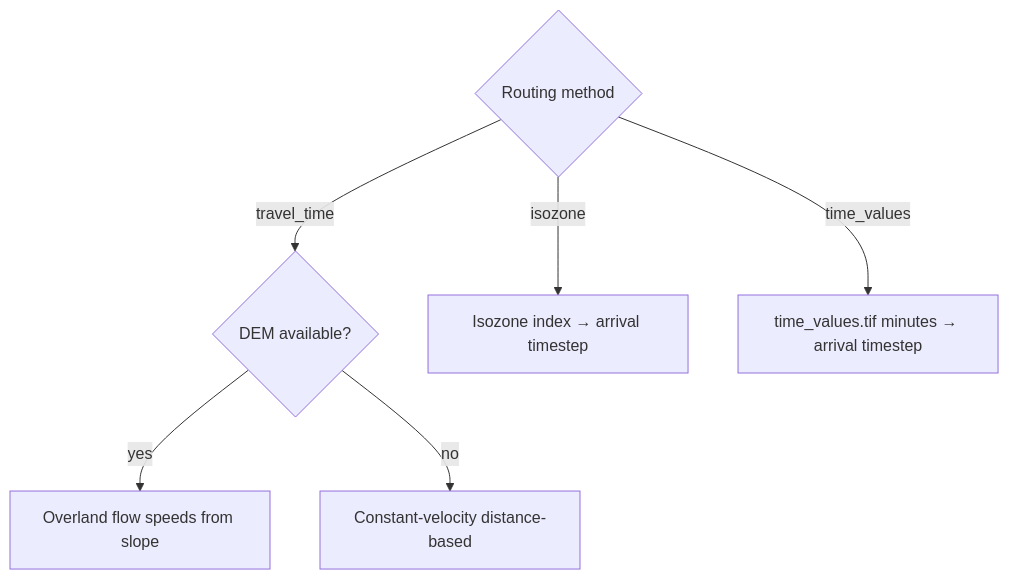
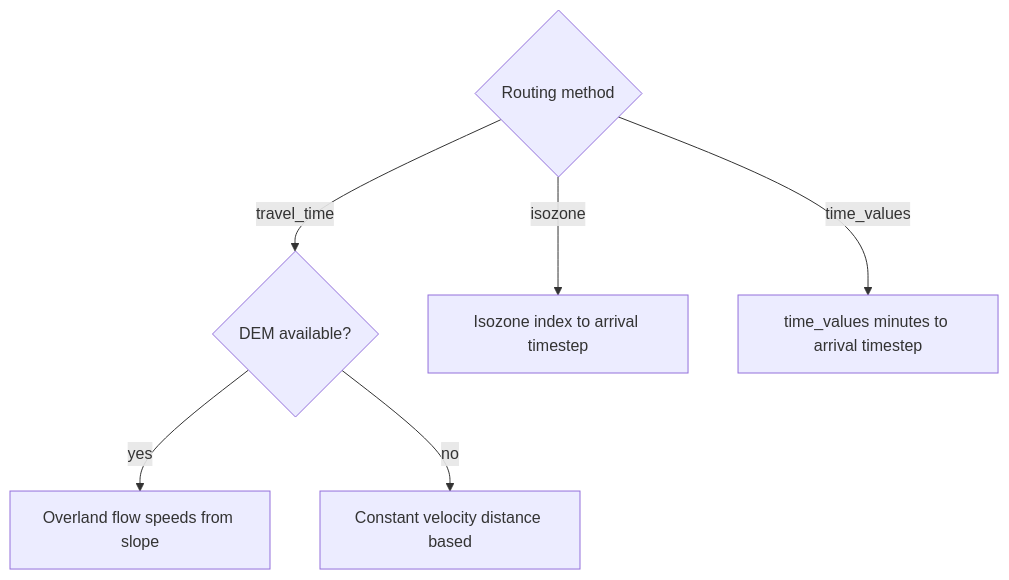
One commit to obellprat/augur-hakesch changed the second of 2 diagrams in docs/NAM.md. Above: the diagram before and after it, drawn with Mermaid. The commit also changed other lines of this file and 2 other files, not shown here.

Commit message:
mermaid errors

````diff
--- a/docs/NAM.md
+++ b/docs/NAM.md
@@ -113,8 +113,8 @@
 ```mermaid
 flowchart TD
   A{Routing method} -->|travel_time| B{DEM available?}
   B -- yes --> C[Overland flow speeds from slope]
-  B -- no --> D[Constant-velocity distance-based]
-  A -->|isozone| E[Isozone index → arrival timestep]
-  A -->|time_values| F[time_values.tif minutes → arrival timestep]
+  B -- no  --> D[Constant velocity distance based]
+  A -->|isozone| E[Isozone index to arrival timestep]
+  A -->|time_values| F[time_values minutes to arrival timestep]
 ```
````
